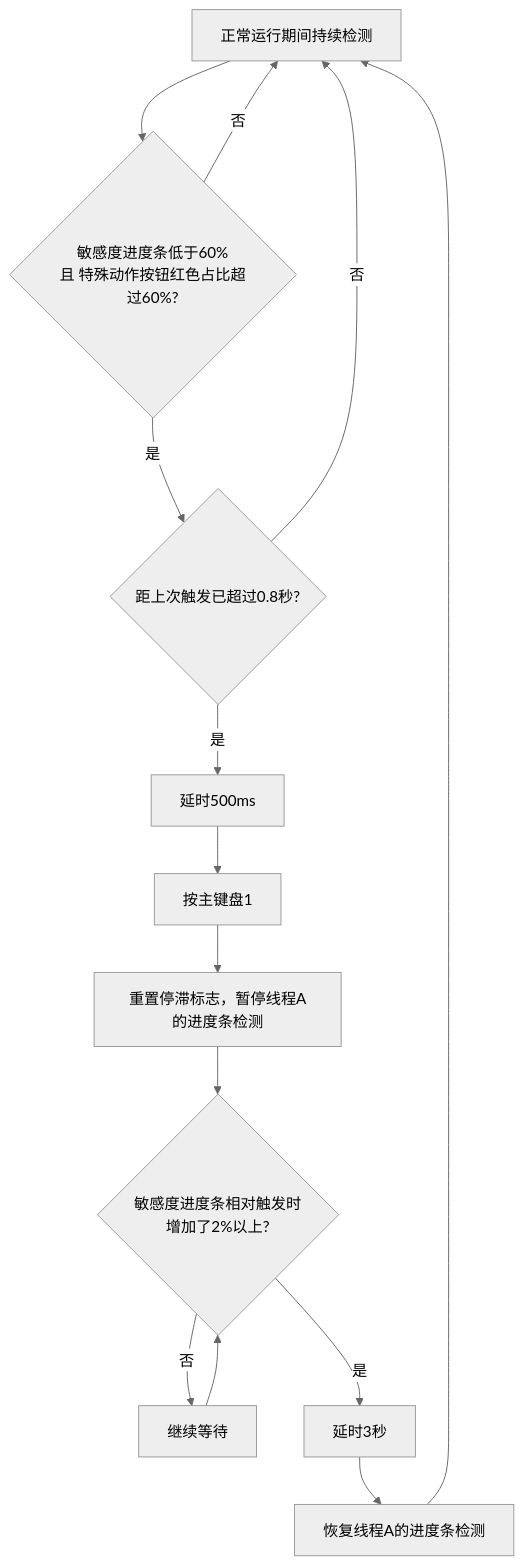
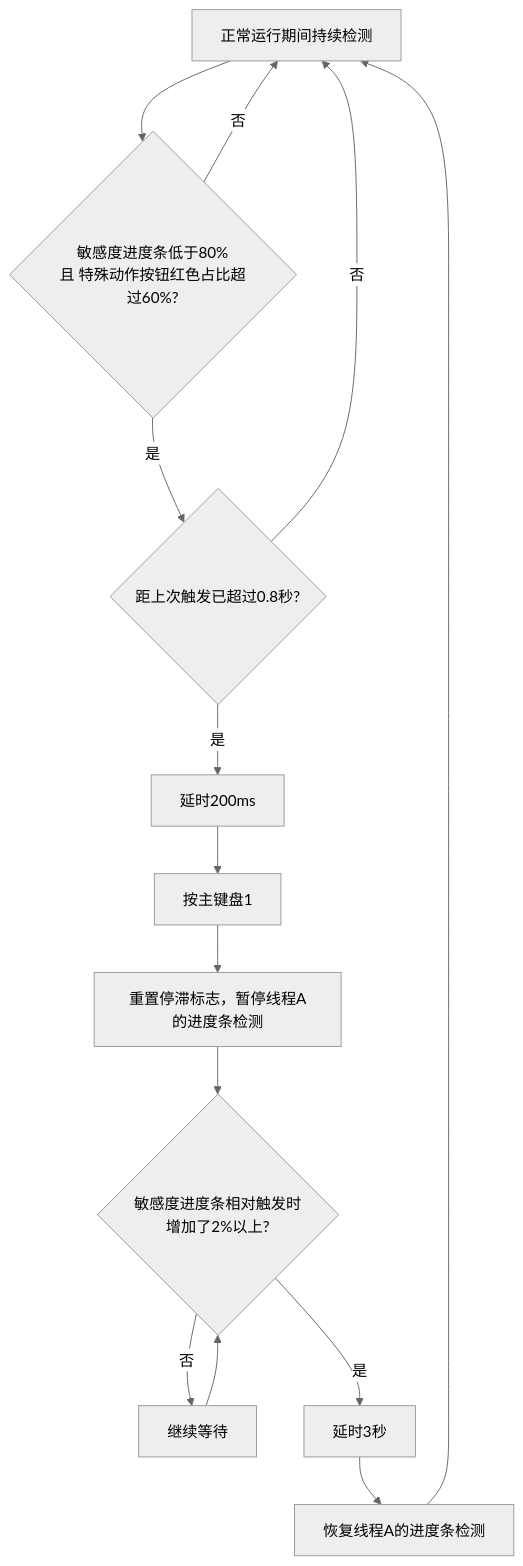
Before and after one commit to gmy771810930/autoFDX: the third of 3 diagrams in 详细流程逻辑.md, drawn with Mermaid (neutral theme). The commit also changed other lines of this file and 9 other files, not shown here.

````diff
--- a/详细流程逻辑.md
+++ b/详细流程逻辑.md
@@ -262,27 +262,27 @@
 ```mermaid
 graph TD
     B1["正常运行期间持续检测"]
-    B2{"敏感度进度条低于60%<br/>且 特殊动作按钮红色占比超过60%?"}
+    B2{"敏感度进度条低于80%<br/>且 特殊动作按钮红色占比超过60%?"}
     B2b{"距上次触发已超过0.8秒?"}
-    B3["延时500ms"]
+    B3["延时200ms"]
     B4["按主键盘1"]
     B5["重置停滞标志，暂停线程A的进度条检测"]
     B6{"敏感度进度条相对触发时<br/>增加了2%以上?"}
     B7["继续等待"]
     B8["延时3秒"]
     B9["恢复线程A的进度条检测"]
 
     B1 --> B2
     B2 -->|否| B1
     B2 -->|是| B2b
     B2b -->|否| B1
     B2b -->|是| B3
     B3 --> B4
     B4 --> B5
     B5 --> B6
     B6 -->|否| B7
     B7 --> B6
     B6 -->|是| B8
     B8 --> B9
     B9 --> B1
 ```
````
